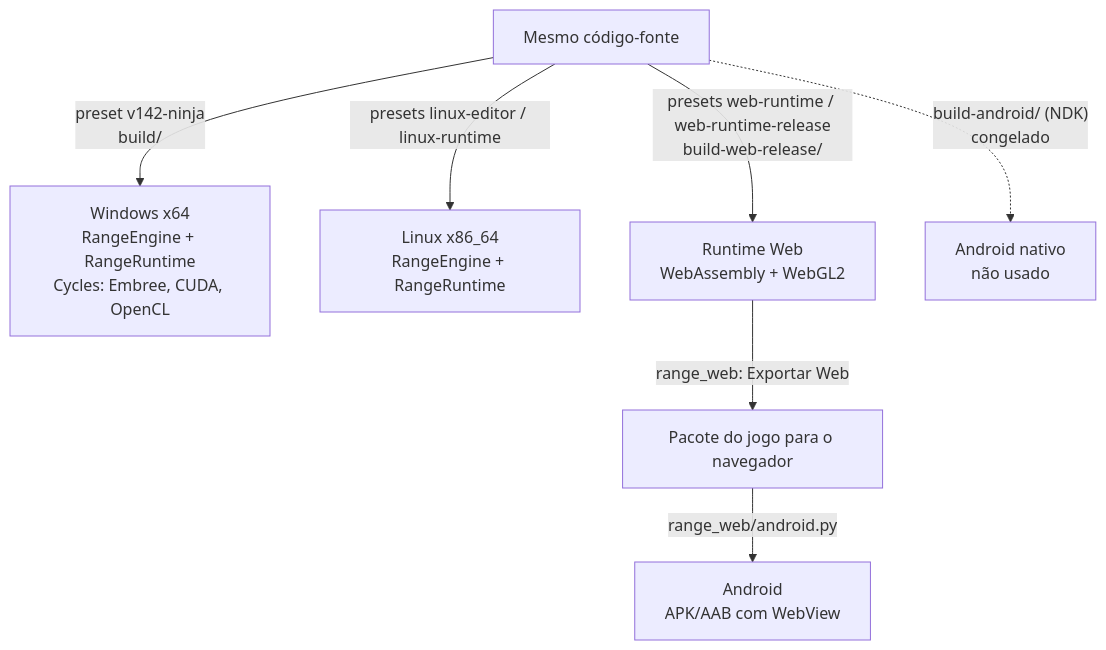
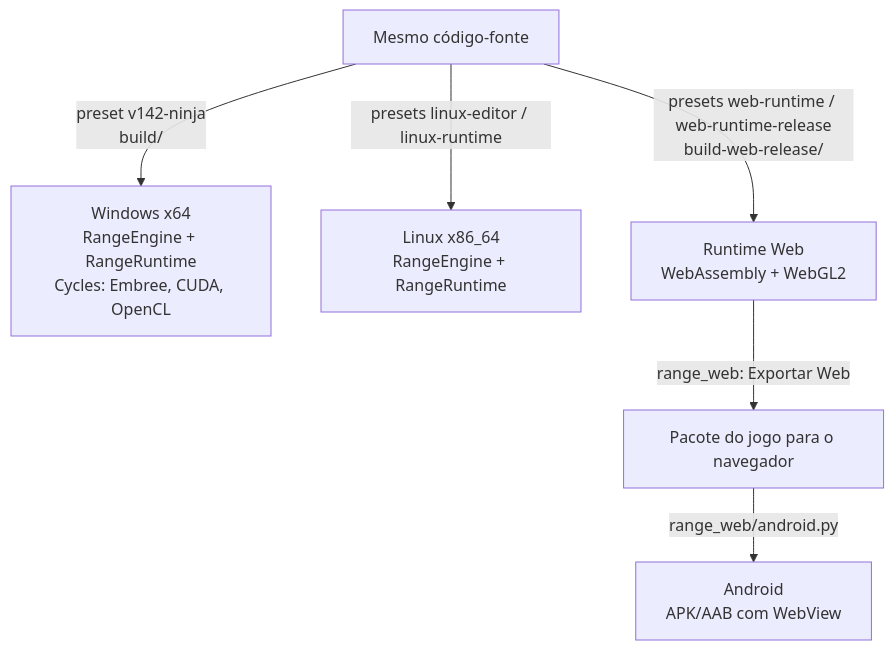
The sixth of 6 diagrams in docs/diagramas-arquitetura.md (AnastacioGames/AnastacioEngine), drawn with Mermaid before and after one commit. The commit also changed 13 other files, not shown here.

First line of the commit message:
chore(android): remove native NDK route plans, preset and CMake stub

````diff
--- a/docs/diagramas-arquitetura.md
+++ b/docs/diagramas-arquitetura.md
@@ -175,10 +175,9 @@
 ```mermaid
 flowchart TB
     code["Mesmo código-fonte"]
     code -->|"preset v142-ninja<br/>build/"| W["Windows x64<br/>RangeEngine + RangeRuntime<br/>Cycles: Embree, CUDA, OpenCL"]
     code -->|"presets linux-editor / linux-runtime"| L["Linux x86_64<br/>RangeEngine + RangeRuntime"]
     code -->|"presets web-runtime / web-runtime-release<br/>build-web-release/"| WB["Runtime Web<br/>WebAssembly + WebGL2"]
     WB -->|"range_web: Exportar Web"| PK["Pacote do jogo para o navegador"]
     PK -->|"range_web/android.py"| AN["Android<br/>APK/AAB com WebView"]
-    code -.->|"build-android/ (NDK)<br/>congelado"| X["Android nativo<br/>não usado"]
 ```
````
